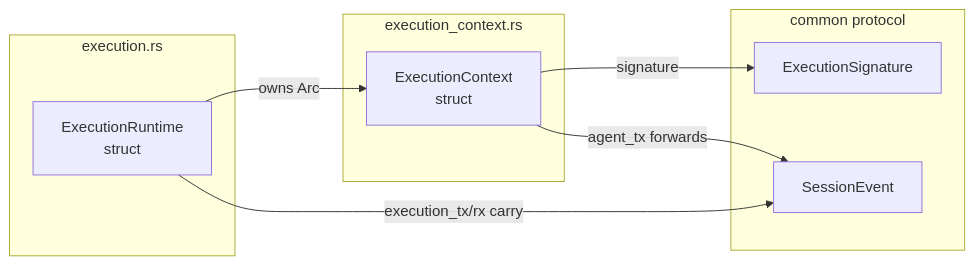
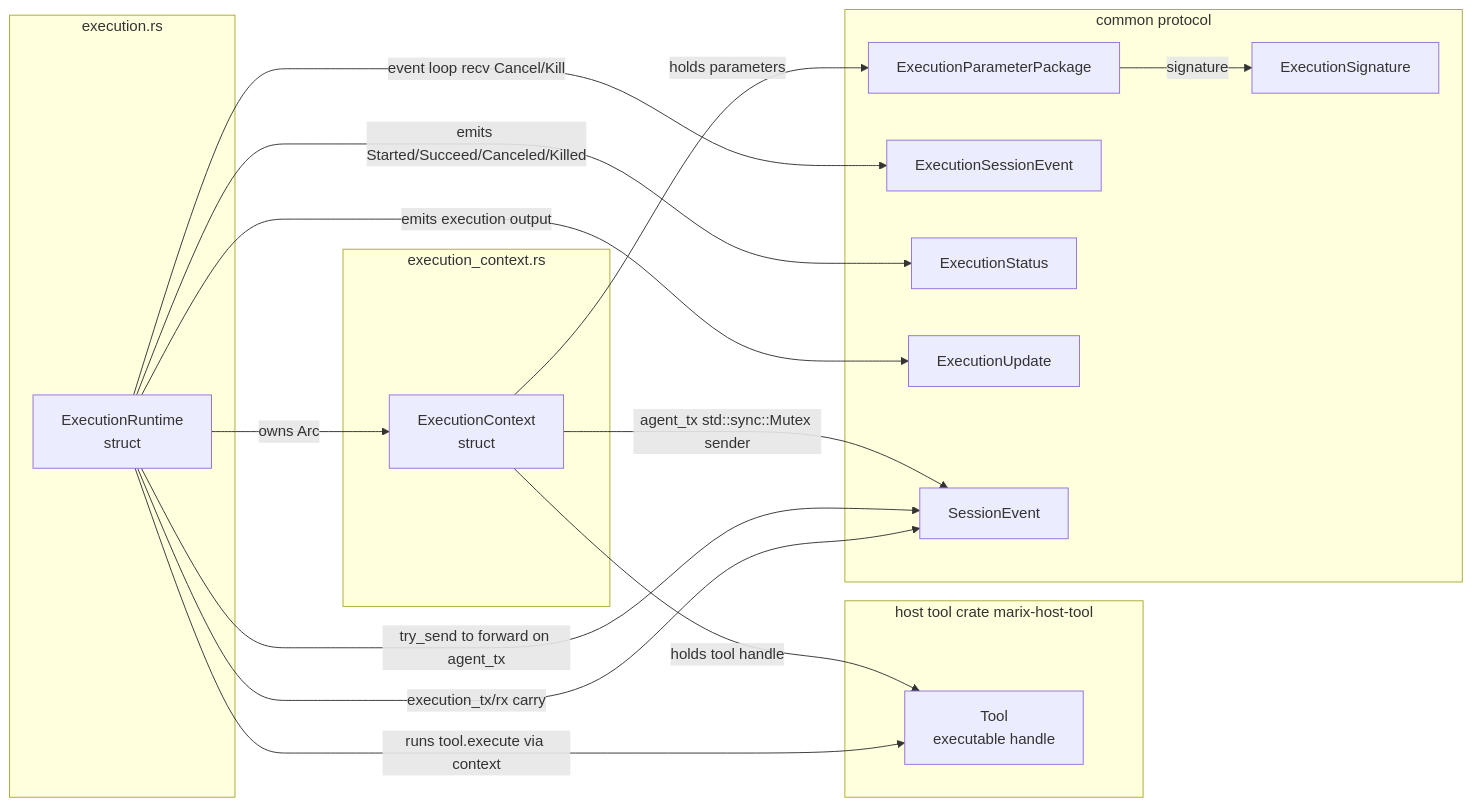
One commit to DexterDreeeam/Marix changed the diagram in src/host/executor/execution/.workflow.mmd. Above: the diagram before and after it, drawn with Mermaid. The commit also changed 44 other files, not shown here.

Commit message:
Switch net channels to mpsc, merge run into new, relocate Tool handle, move tool contracts into protocol

```diff
--- a/src/host/executor/execution/.workflow.mmd
+++ b/src/host/executor/execution/.workflow.mmd
@@ -1,19 +1,34 @@
 flowchart LR
-  %% Per-execution host runtime; method bodies are panic-backed placeholders.
+  %% Per-execution host runtime: ExecutionRuntime runs a Tool via ExecutionContext and streams status/updates to the agent by synchronously locking agent_tx (std::sync::Mutex) and calling try_send.
   subgraph execution_rs[execution.rs]
     ExecutionRuntime["ExecutionRuntime\nstruct"]
   end
 
   subgraph execution_context_rs[execution_context.rs]
     ExecutionContext["ExecutionContext\nstruct"]
   end
 
+  subgraph host_tool[host tool crate marix-host-tool]
+    Tool["Tool\nexecutable handle"]
+  end
+
   subgraph common_protocol[common protocol]
     ExecutionSignature["ExecutionSignature"]
+    ExecutionParameterPackage["ExecutionParameterPackage"]
+    ExecutionSessionEvent["ExecutionSessionEvent"]
+    ExecutionStatus["ExecutionStatus"]
+    ExecutionUpdate["ExecutionUpdate"]
     SessionEvent["SessionEvent"]
   end
 
   ExecutionRuntime -->|"owns Arc"| ExecutionContext
   ExecutionRuntime -->|"execution_tx/rx carry"| SessionEvent
-  ExecutionContext -->|"signature"| ExecutionSignature
-  ExecutionContext -->|"agent_tx forwards"| SessionEvent
+  ExecutionRuntime -->|"event loop recv Cancel/Kill"| ExecutionSessionEvent
+  ExecutionRuntime -->|"runs tool.execute via context"| Tool
+  ExecutionRuntime -->|"emits Started/Succeed/Canceled/Killed"| ExecutionStatus
+  ExecutionRuntime -->|"emits execution output"| ExecutionUpdate
+  ExecutionRuntime -->|"try_send to forward on agent_tx"| SessionEvent
+  ExecutionContext -->|"holds tool handle"| Tool
+  ExecutionContext -->|"holds parameters"| ExecutionParameterPackage
+  ExecutionParameterPackage -->|"signature"| ExecutionSignature
+  ExecutionContext -->|"agent_tx std::sync::Mutex sender"| SessionEvent
```
